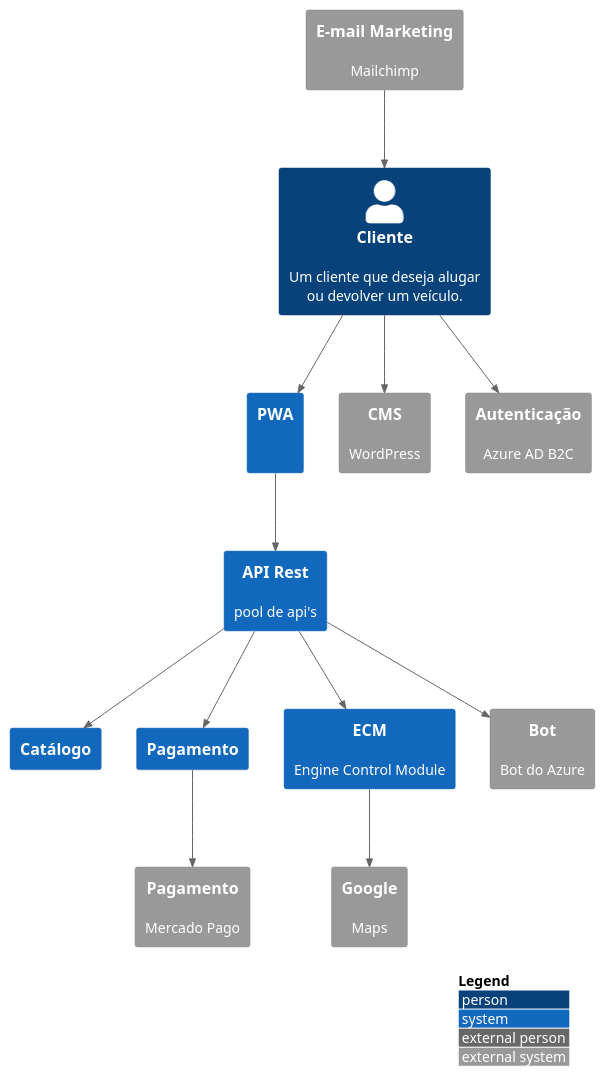
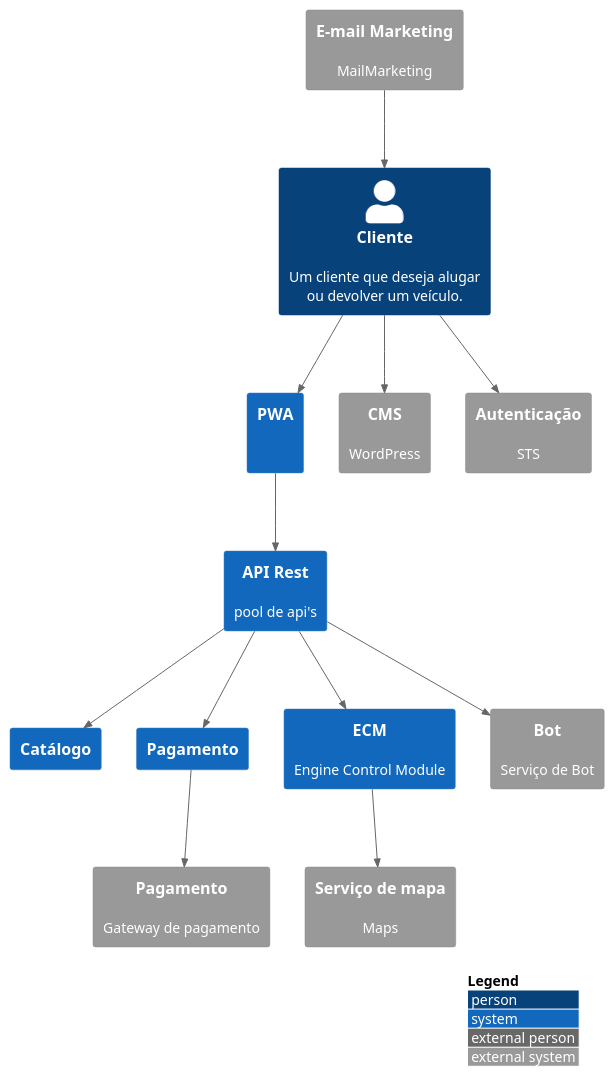
The diagram in src/C1 System Context/deployment.puml (felipementel/c4-model-builder), drawn with PlantUML before and after one commit. The commit also changed 13 other files, not shown here.

```diff
--- a/src/C1 System Context/deployment.puml
+++ b/src/C1 System Context/deployment.puml
@@ -1,31 +1,31 @@
 @startuml
 !include https://raw.githubusercontent.com/adrianvlupu/C4-PlantUML/latest/C4_Context.puml
 
 LAYOUT_WITH_LEGEND()
 
 Person(cliente, "Cliente", "Um cliente que deseja alugar ou devolver um veículo.")
 System(pwa, "PWA", " ")
 System(api, "API Rest", "pool de api's")
 System(catalogoApi, "Catálogo", "")
 System(pagamentoApi, "Pagamento", "")
 System(ECMApi, "ECM", "Engine Control Module")
-System_Ext(botService, "Bot", "Bot do Azure")
-System_Ext(pagamentoService, "Pagamento", "Mercado Pago")
+System_Ext(botService, "Bot", "Serviço de Bot")
+System_Ext(pagamentoService, "Pagamento", "Gateway de pagamento")
 System_Ext(CMSService, "CMS", "WordPress")
-System_Ext(autenticacaoService, "Autenticação", "Azure AD B2C")
-System_Ext(emailMarketingService, "E-mail Marketing", "Mailchimp")
-System_Ext(googleMaps, "Google", "Maps")
+System_Ext(autenticacaoService, "Autenticação", "STS")
+System_Ext(emailMarketingService, "E-mail Marketing", "MailMarketing")
+System_Ext(googleMaps, "Serviço de mapa", "Maps")
 
 Rel(cliente, pwa, " ")
 Rel(pwa, api, " ")
 Rel(api, catalogoApi, " ")
 Rel(api, pagamentoApi, " ")
 Rel(api, ECMApi, " ")
 Rel(api, botService, " ")
 Rel(pagamentoApi, pagamentoService, " ")
 Rel(cliente, CMSService, " ")
 Rel(cliente, autenticacaoService, " ")
 Rel(emailMarketingService, cliente, " ")
 Rel(ECMApi, googleMaps, " ")
 
 @enduml
```
